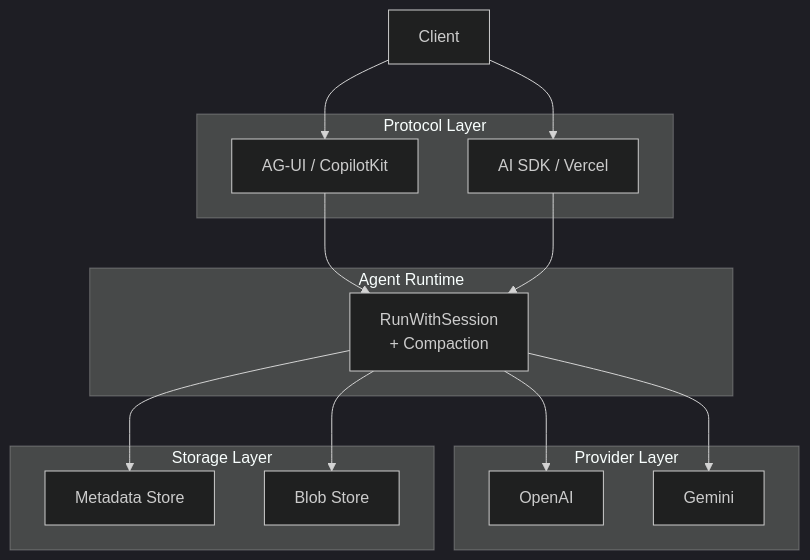
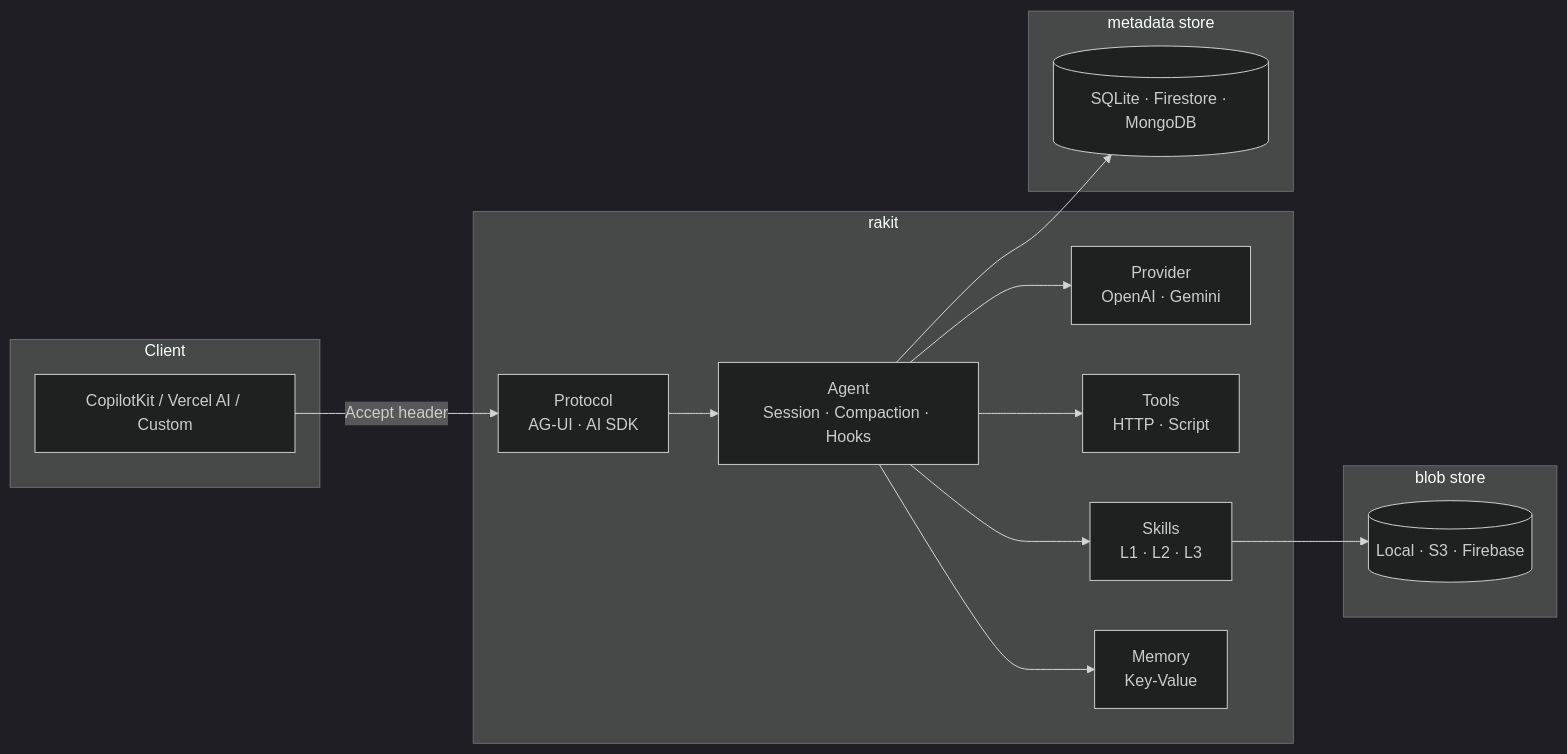
The first of 5 diagrams in docs/ARCHITECTURE.md (ratrektlabs/rakit), drawn with Mermaid (dark theme) before and after one commit. The commit also changed other lines of this file, not shown here.

First line of the commit message:
docs: rewrite ARCHITECTURE.md as proper tech design

````diff
--- a/docs/ARCHITECTURE.md
+++ b/docs/ARCHITECTURE.md
@@ -5,32 +7,32 @@
 ```mermaid
-graph TB
-    Client[Client]
-
-    subgraph Protocol Layer
-        AGUI[AG-UI / CopilotKit]
-        AISDK[AI SDK / Vercel]
+graph LR
+    subgraph Client
+        UI[CopilotKit / Vercel AI / Custom]
     end
 
-    subgraph Agent Runtime
-        RWS[RunWithSession<br>+ Compaction]
+    subgraph "rakit"
+        P[Protocol<br>AG-UI · AI SDK]
+        A[Agent<br>Session · Compaction · Hooks]
+        PR[Provider<br>OpenAI · Gemini]
+        T[Tools<br>HTTP · Script]
+        SK[Skills<br>L1 · L2 · L3]
+        M[Memory<br>Key-Value]
     end
 
-    subgraph Provider Layer
-        OpenAI[OpenAI]
-        Gemini[Gemini]
+    subgraph "metadata store"
+        DB[(SQLite · Firestore · MongoDB)]
     end
 
-    subgraph Storage Layer
-        Meta[Metadata Store]
-        Blob[Blob Store]
+    subgraph "blob store"
+        FS[(Local · S3 · Firebase)]
     end
 
-    Client --> AGUI
-    Client --> AISDK
-    AGUI --> RWS
-    AISDK --> RWS
-    RWS --> OpenAI
-    RWS --> Gemini
-    RWS --> Meta
-    RWS --> Blob
+    UI -->|Accept header| P
+    P --> A
+    A --> PR
+    A --> T
+    A --> SK
+    A --> M
+    A --> DB
+    SK --> FS
 ```
````
